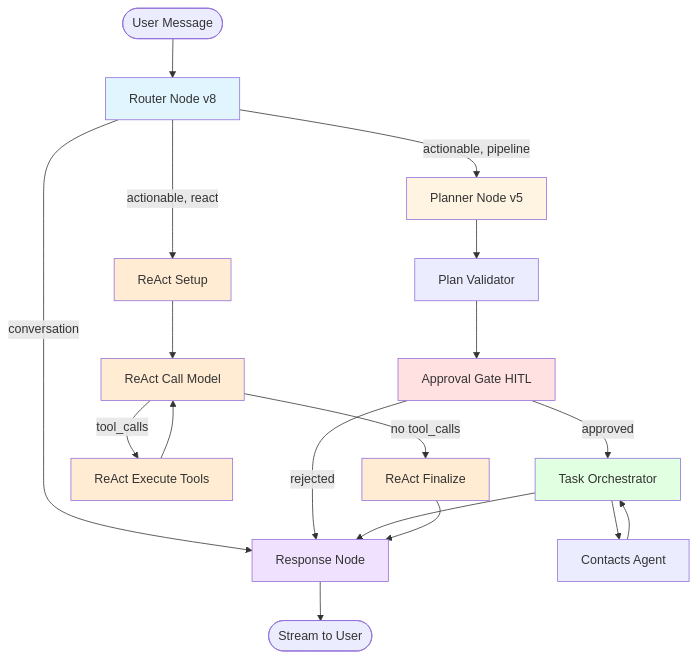
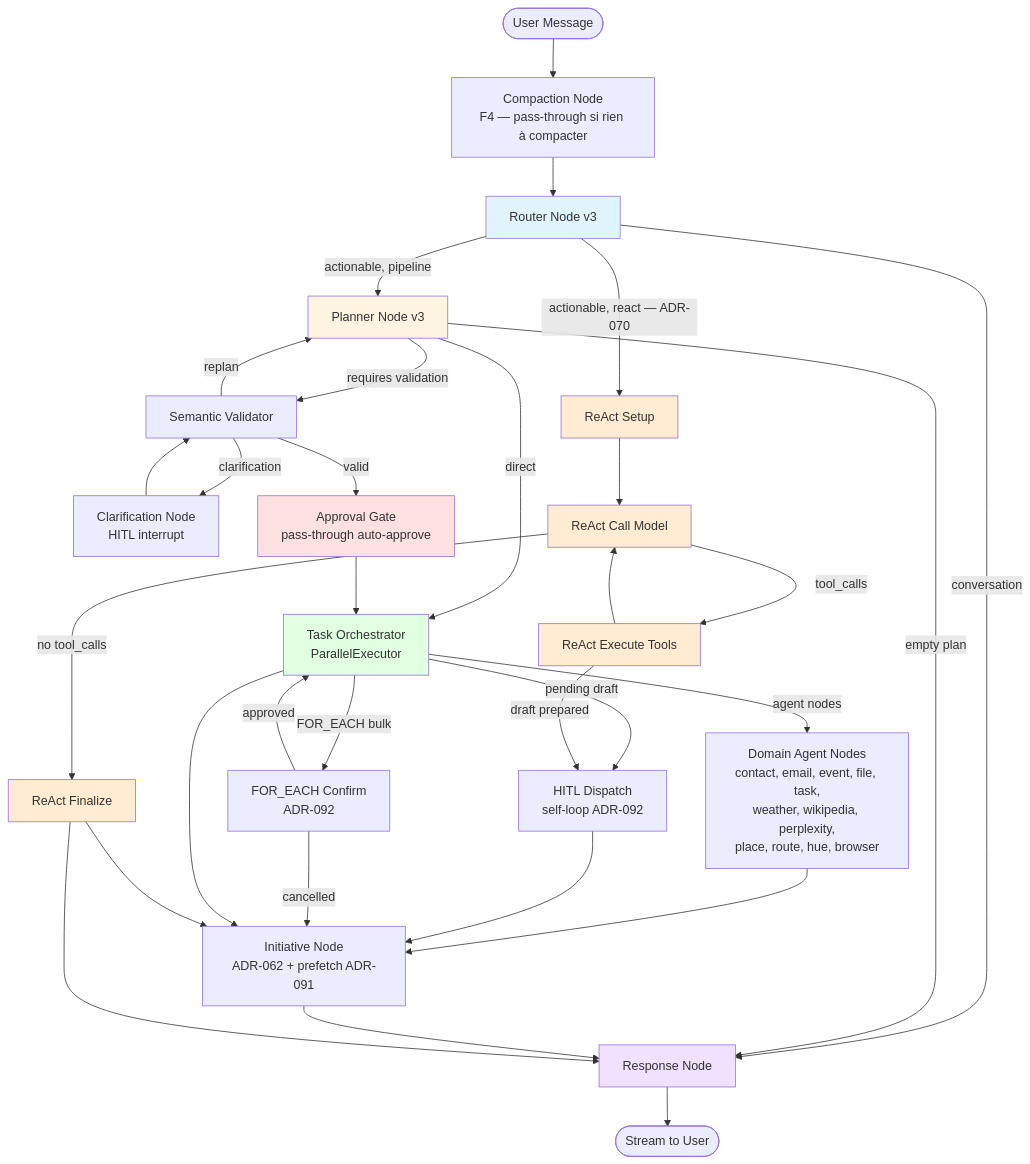
Before and after one commit to jgouviergmail/LIA-Assistant: the diagram in docs/technical/GRAPH_AND_AGENTS_ARCHITECTURE.md, drawn with Mermaid. The commit also changed other lines of this file and 102 other files, not shown here.

First line of the commit message:
docs: full documentation/schema realignment against v1.23.12

````diff
--- a/docs/technical/GRAPH_AND_AGENTS_ARCHITECTURE.md
+++ b/docs/technical/GRAPH_AND_AGENTS_ARCHITECTURE.md
@@ -124,37 +124,49 @@
 ```mermaid
 graph TD
-    START([User Message]) --> ROUTER[Router Node v8]
+    START([User Message]) --> COMPACTION[Compaction Node<br/>F4 — pass-through si rien à compacter]
+    COMPACTION --> ROUTER[Router Node v3]
 
     ROUTER -->|conversation| RESPONSE[Response Node]
-    ROUTER -->|actionable, pipeline| PLANNER[Planner Node v5]
-    ROUTER -->|actionable, react| REACT_SETUP[ReAct Setup]
+    ROUTER -->|actionable, pipeline| PLANNER[Planner Node v3]
+    ROUTER -->|actionable, react — ADR-070| REACT_SETUP[ReAct Setup]
 
-    PLANNER --> VALIDATOR[Plan Validator]
-    VALIDATOR --> APPROVAL[Approval Gate HITL]
+    PLANNER -->|requires validation| VALIDATOR[Semantic Validator]
+    PLANNER -->|direct| ORCHESTRATOR
+    PLANNER -->|empty plan| RESPONSE
+    VALIDATOR -->|clarification| CLARIF[Clarification Node<br/>HITL interrupt]
+    CLARIF --> VALIDATOR
+    VALIDATOR -->|replan| PLANNER
+    VALIDATOR -->|valid| APPROVAL[Approval Gate<br/>pass-through auto-approve]
 
-    APPROVAL -->|approved| ORCHESTRATOR[Task Orchestrator]
-    APPROVAL -->|rejected| RESPONSE
+    APPROVAL --> ORCHESTRATOR[Task Orchestrator<br/>ParallelExecutor]
 
-    ORCHESTRATOR --> CONTACTS[Contacts Agent]
-    CONTACTS --> ORCHESTRATOR
-
-    ORCHESTRATOR --> RESPONSE
+    ORCHESTRATOR -->|pending draft| HITL[HITL Dispatch<br/>self-loop ADR-092]
+    ORCHESTRATOR -->|FOR_EACH bulk| FOREACH[FOR_EACH Confirm<br/>ADR-092]
+    FOREACH -->|approved| ORCHESTRATOR
+    ORCHESTRATOR -->|agent nodes| AGENTS[Domain Agent Nodes<br/>contact, email, event, file, task,<br/>weather, wikipedia, perplexity,<br/>place, route, hue, browser]
+    AGENTS --> INITIATIVE
+    HITL --> INITIATIVE[Initiative Node<br/>ADR-062 + prefetch ADR-091]
+    FOREACH -->|cancelled| INITIATIVE
+    ORCHESTRATOR --> INITIATIVE
+    INITIATIVE --> RESPONSE
 
     REACT_SETUP --> REACT_LLM[ReAct Call Model]
     REACT_LLM -->|tool_calls| REACT_TOOLS[ReAct Execute Tools]
     REACT_LLM -->|no tool_calls| REACT_FIN[ReAct Finalize]
     REACT_TOOLS --> REACT_LLM
+    REACT_TOOLS -->|draft prepared| HITL
+    REACT_FIN --> INITIATIVE
     REACT_FIN --> RESPONSE
 
     RESPONSE --> END([Stream to User])
 
     style ROUTER fill:#e1f5ff
     style PLANNER fill:#fff4e1
     style APPROVAL fill:#ffe1e1
     style ORCHESTRATOR fill:#e1ffe1
     style RESPONSE fill:#f0e1ff
     style REACT_SETUP fill:#ffecd2
     style REACT_LLM fill:#ffecd2
     style REACT_TOOLS fill:#ffecd2
     style REACT_FIN fill:#ffecd2
 ```
````
